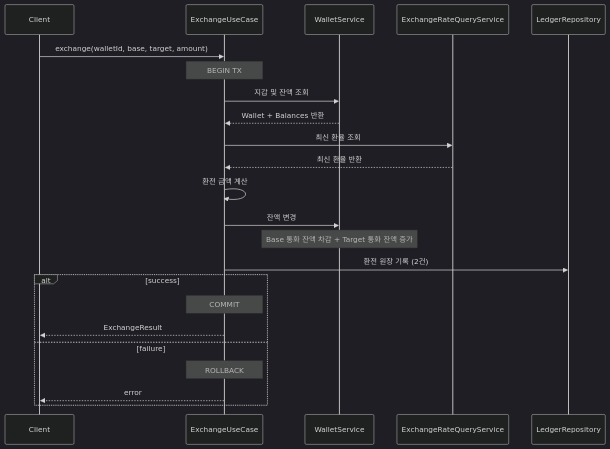
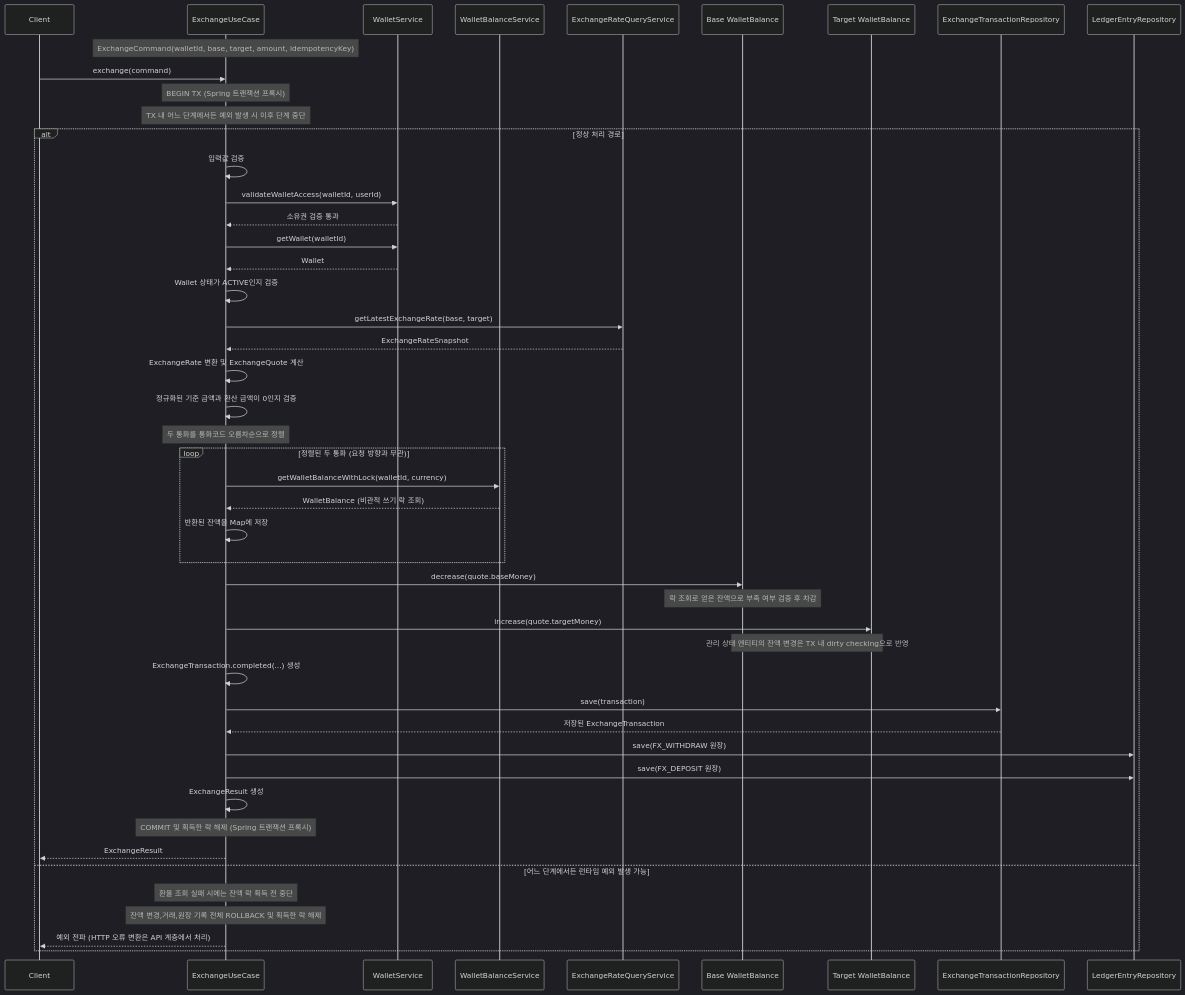
Before and after one commit to junoade/lemonpay-backend: the diagram in docs/sequenceDiagrams/06-Exchange.mermaid, drawn with Mermaid (dark theme). The commit also changed other lines of this file, not shown here.

Commit message:
docs(exchange): 환전 시퀀스 다이어그램을 실제 처리 흐름에 맞게 수정
- 서비스·엔티티·레포지토리 역할과 호출 순서 반영
- 통화별 락 조회와 잔액 변경 흐름 명시
- 예외 시 처리 중단과 롤백, 락 해제 범위 명시

Refs: #93

```diff
--- a/docs/sequenceDiagrams/06-Exchange.mermaid
+++ b/docs/sequenceDiagrams/06-Exchange.mermaid
@@ -1,40 +1,58 @@
 sequenceDiagram
-    %% ExchangeUseCase
-    %% WalletService, WalletBalanceService
-    %% ExchangeRateQueryService
-    %% LedgerRepository
-
     participant C as Client
     participant UC as ExchangeUseCase
+    %% Service
     participant WS as WalletService
-    %% participant WBS as WalletBalanceService
+    participant WBS as WalletBalanceService
     participant ERQ as ExchangeRateQueryService
-    participant LR as LedgerRepository
+    %% Entity
+    participant B as Base WalletBalance
+    participant T as Target WalletBalance
+    %% Repository
+    participant ETR as ExchangeTransactionRepository
+    participant LR as LedgerEntryRepository
 
-    %% start
-    C ->> UC: exchange(walletId, base, target, amount)
-    Note over UC: BEGIN TX
+    Note over UC: ExchangeCommand(walletId, base, target, amount, idempotencyKey)
+    C ->> UC: exchange(command)
+    Note over UC: BEGIN TX (Spring 트랜잭션 프록시)
+    Note over UC: TX 내 어느 단계에서든 예외 발생 시 이후 단계 중단
 
-    %% 의도적으로 간략하게 기술함
-    UC ->> WS: 지갑 및 잔액 조회
-    WS -->> UC: Wallet + Balances 반환
+    alt 정상 처리 경로
+        UC ->> UC: 입력값 검증
+        UC ->> WS: validateWalletAccess(walletId, userId)
+        WS -->> UC: 소유권 검증 통과
+        UC ->> WS: getWallet(walletId)
+        WS -->> UC: Wallet
+        UC ->> UC: Wallet 상태가 ACTIVE인지 검증
 
-    %% 의도적으로 간략하게 기술
-    UC ->> ERQ: 최신 환율 조회
-    ERQ -->> UC: 최신 환율 반환
+        UC ->> ERQ: getLatestExchangeRate(base, target)
+        ERQ -->> UC: ExchangeRateSnapshot
+        UC ->> UC: ExchangeRate 변환 및 ExchangeQuote 계산
+        UC ->> UC: 정규화된 기준 금액과 환산 금액이 0인지 검증
 
-    %% 중요
-    UC ->> UC: 환전 금액 계산
+        Note over UC: 두 통화를 통화코드 오름차순으로 정렬
+        loop 정렬된 두 통화 (요청 방향과 무관)
+            UC ->> WBS: getWalletBalanceWithLock(walletId, currency)
+            WBS -->> UC: WalletBalance (비관적 쓰기 락 조회)
+            UC ->> UC: 반환된 잔액을 Map에 저장
+        end
 
-    UC ->> WS: 잔액 변경
-    Note over WS: Base 통화 잔액 차감 + Target 통화 잔액 증가
+        UC ->> B: decrease(quote.baseMoney)
+        Note over B: 락 조회로 얻은 잔액으로 부족 여부 검증 후 차감
+        UC ->> T: increase(quote.targetMoney)
+        Note over B,T: 관리 상태 엔티티의 잔액 변경은 TX 내 dirty checking으로 반영
 
-    UC ->> LR : 환전 원장 기록 (2건)
+        UC ->> UC: ExchangeTransaction.completed(...) 생성
+        UC ->> ETR: save(transaction)
+        ETR -->> UC: 저장된 ExchangeTransaction
+        UC ->> LR: save(FX_WITHDRAW 원장)
+        UC ->> LR: save(FX_DEPOSIT 원장)
+        UC ->> UC: ExchangeResult 생성
 
-    alt success
-        Note over UC: COMMIT
+        Note over UC: COMMIT 및 획득한 락 해제 (Spring 트랜잭션 프록시)
         UC -->> C: ExchangeResult
-    else failure
-        Note over UC: ROLLBACK
-        UC -->> C: error
+    else 어느 단계에서든 런타임 예외 발생 가능
+        Note over UC: 환율 조회 실패 시에는 잔액 락 획득 전 중단
+        Note over UC: 잔액 변경,거래,원장 기록 전체 ROLLBACK 및 획득한 락 해제
+        UC -->> C: 예외 전파 (HTTP 오류 변환은 API 계층에서 처리)
     end
```
